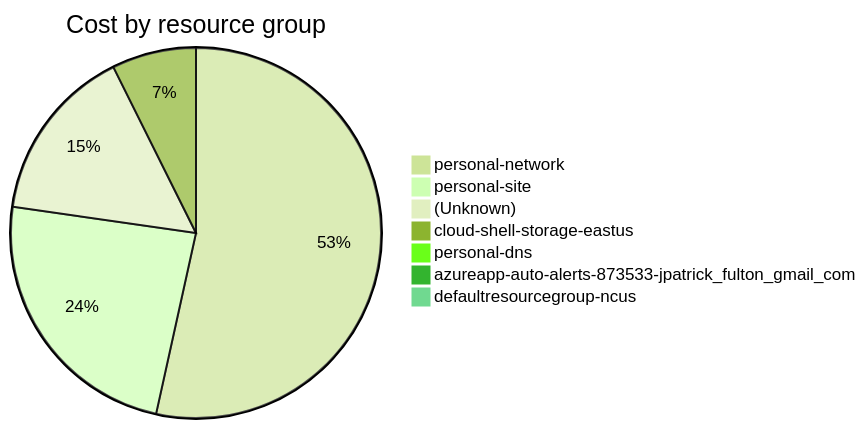
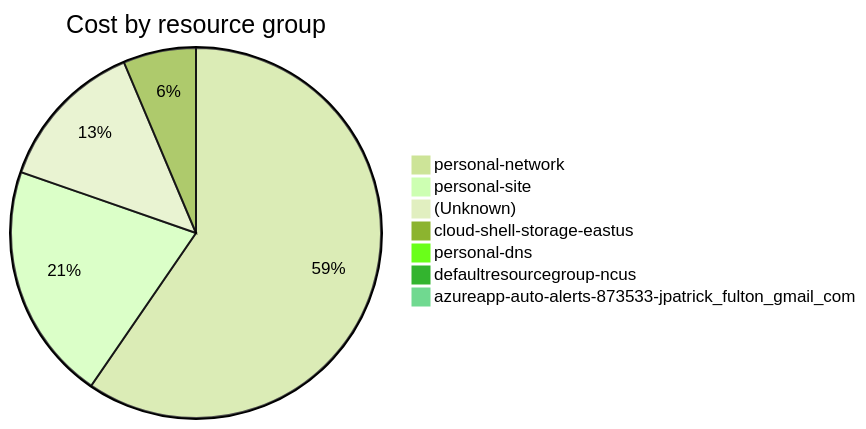
One commit to jpfulton/azure-personal-reports changed the fourth of 4 diagrams in cost-reports/accumulated-cost.md. Above: the diagram before and after it, drawn with Mermaid (forest theme). The commit also changed other lines of this file and 2 other files, not shown here.

````diff
--- a/cost-reports/accumulated-cost.md
+++ b/cost-reports/accumulated-cost.md
@@ -159,11 +159,11 @@
 ```mermaid
 pie
    title Cost by resource group
-   "personal-network" : 40.05
-   "personal-site" : 17.84
-   "(Unknown)" : 11.52
+   "personal-network" : 51.63
+   "personal-site" : 17.99
+   "(Unknown)" : 11.54
    "cloud-shell-storage-eastus" : 5.51
-   "personal-dns" : 0.39
+   "personal-dns" : 0.40
+   "defaultresourcegroup-ncus" : 0.00
    "azureapp-auto-alerts-873533-jpatrick_fulton_gmail_com" : 0.00
-   "defaultresourcegroup-ncus" : 0.00
 ```
````
